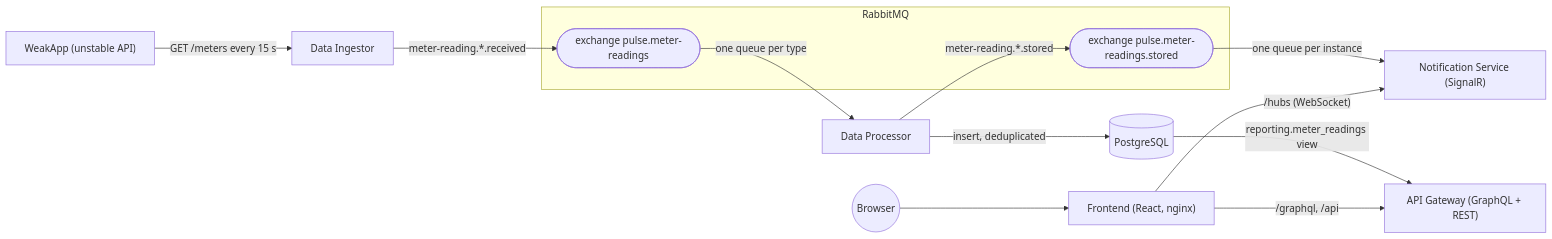
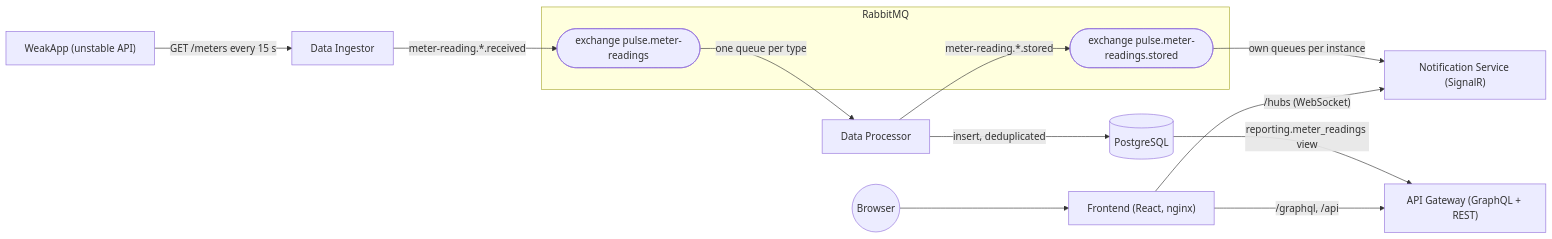
Before and after one commit to Ovsyannikov345/PulseAnalytics: the first of 2 diagrams in README.md, drawn with Mermaid. The commit also changed other lines of this file, not shown here.

````diff
--- a/README.md
+++ b/README.md
@@ -54,26 +54,26 @@
 ```mermaid
 flowchart LR
     WeakApp["WeakApp (unstable API)"]
     Ingestor["Data Ingestor"]
     subgraph RabbitMQ
         Received(["exchange pulse.meter-readings"])
         Stored(["exchange pulse.meter-readings.stored"])
     end
     Processor["Data Processor"]
     Postgres[("PostgreSQL")]
     Gateway["API Gateway (GraphQL + REST)"]
     Notification["Notification Service (SignalR)"]
     Frontend["Frontend (React, nginx)"]
     Browser(("Browser"))
 
     WeakApp -- "GET /meters every 15 s" --> Ingestor
     Ingestor -- "meter-reading.*.received" --> Received
     Received -- "one queue per type" --> Processor
     Processor -- "insert, deduplicated" --> Postgres
     Processor -- "meter-reading.*.stored" --> Stored
     Postgres -- "reporting.meter_readings view" --> Gateway
-    Stored -- "one queue per instance" --> Notification
+    Stored -- "own queues per instance" --> Notification
     Browser --> Frontend
     Frontend -- "/graphql, /api" --> Gateway
     Frontend -- "/hubs (WebSocket)" --> Notification
 ```
````
